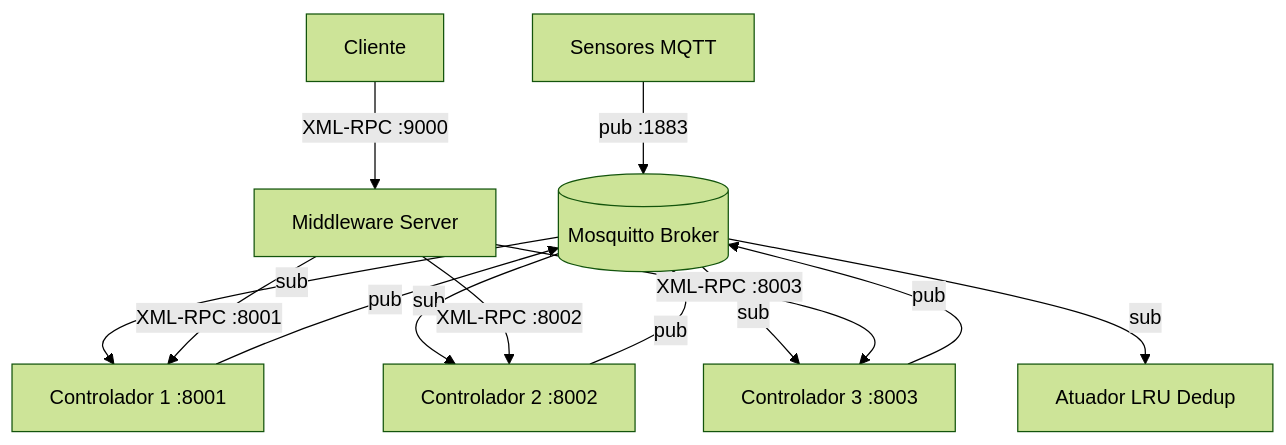
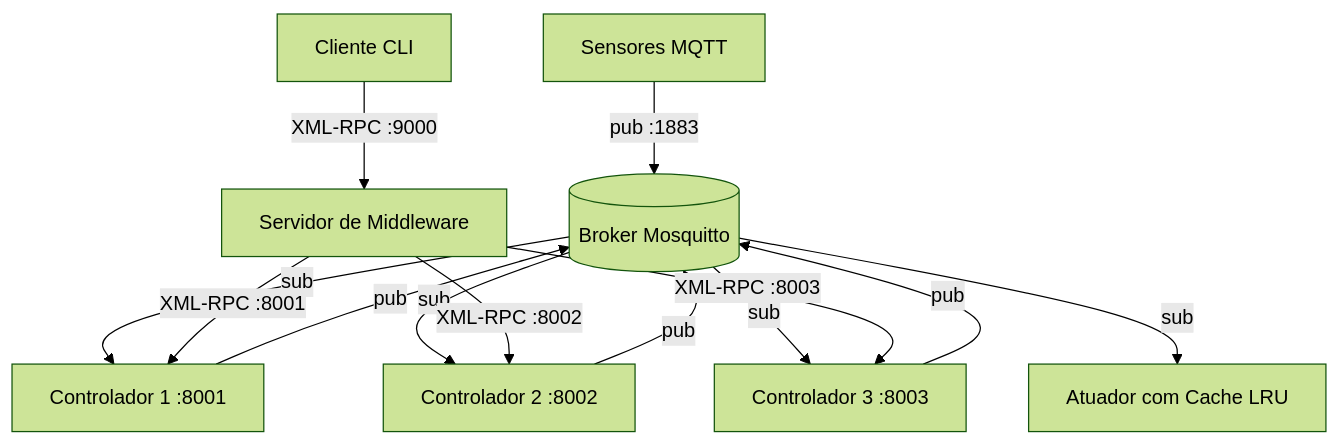
The diagram in trabalho_pratico1/README.md (allysson-assuncao/projetos-sistemas-distribuidos), drawn with Mermaid (forest theme) before and after one commit. The commit also changed other lines of this file and 13 other files, not shown here.

````diff
--- a/trabalho_pratico1/README.md
+++ b/trabalho_pratico1/README.md
@@ -12,15 +12,15 @@
 ```mermaid
 graph TD
-    Sensor[Sensores MQTT] -->|pub :1883| Broker[(Mosquitto Broker)]
+    Sensor[Sensores MQTT] -->|pub :1883| Broker[(Broker Mosquitto)]
     Broker -->|sub| Ctrl1[Controlador 1 :8001]
     Broker -->|sub| Ctrl2[Controlador 2 :8002]
     Broker -->|sub| Ctrl3[Controlador 3 :8003]
     Ctrl1 -->|pub| Broker
     Ctrl2 -->|pub| Broker
     Ctrl3 -->|pub| Broker
-    Broker -->|sub| Actuator[Atuador LRU Dedup]
-    Client[Cliente] -->|XML-RPC :9000| Middleware[Middleware Server]
+    Broker -->|sub| Actuator[Atuador com Cache LRU]
+    Client[Cliente CLI] -->|XML-RPC :9000| Middleware[Servidor de Middleware]
     Middleware -->|XML-RPC :8001| Ctrl1
     Middleware -->|XML-RPC :8002| Ctrl2
     Middleware -->|XML-RPC :8003| Ctrl3
 ```
````
